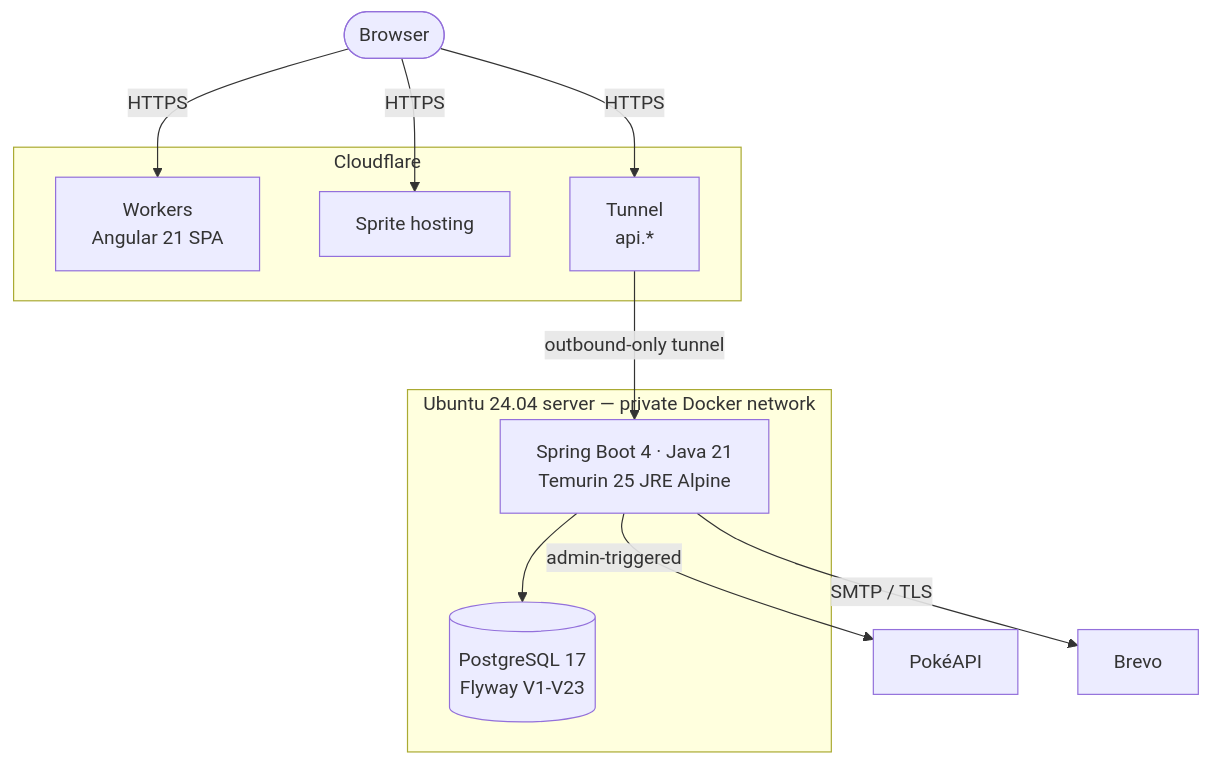
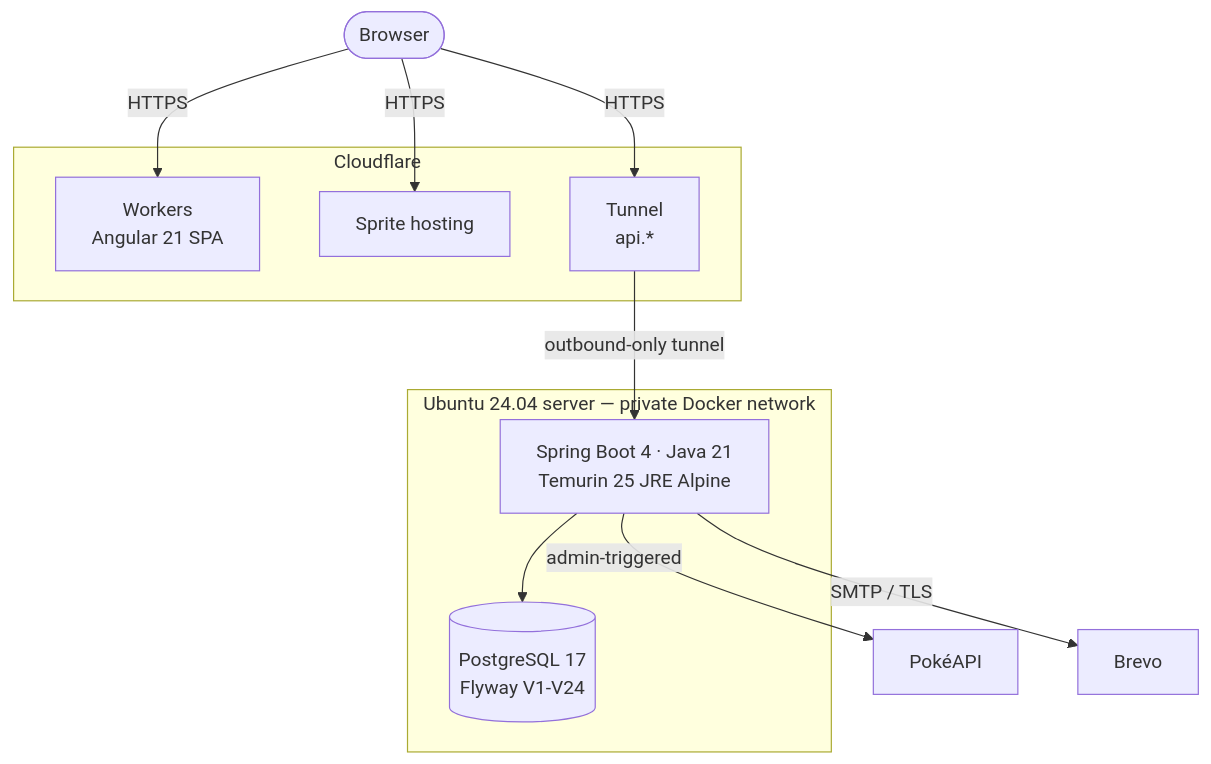
The first of 2 diagrams in README.md (ManusolJ/pokemon-backend), drawn with Mermaid before and after one commit. The commit also changed other lines of this file, not shown here.

````diff
--- a/README.md
+++ b/README.md
@@ -145,26 +149,26 @@
 ```mermaid
 flowchart TD
     Browser(["Browser"])
 
     subgraph cf ["Cloudflare"]
         SPA["Workers<br>Angular 21 SPA"]
         Sprites["Sprite hosting"]
         Tunnel["Tunnel<br>api.*"]
     end
 
     subgraph host ["Ubuntu 24.04 server &mdash; private Docker network"]
         App["Spring Boot 4 &middot; Java 21<br>Temurin 25 JRE Alpine"]
-        DB[("PostgreSQL 17<br>Flyway V1-V23")]
+        DB[("PostgreSQL 17<br>Flyway V1-V24")]
     end
 
     PokeAPI["PokéAPI"]
     Brevo["Brevo"]
 
     Browser -- HTTPS --> SPA
     Browser -- HTTPS --> Sprites
     Browser -- HTTPS --> Tunnel
     Tunnel -- "outbound-only tunnel" --> App
     App --> DB
     App -- "admin-triggered" --> PokeAPI
     App -- "SMTP / TLS" --> Brevo
 ```
````
